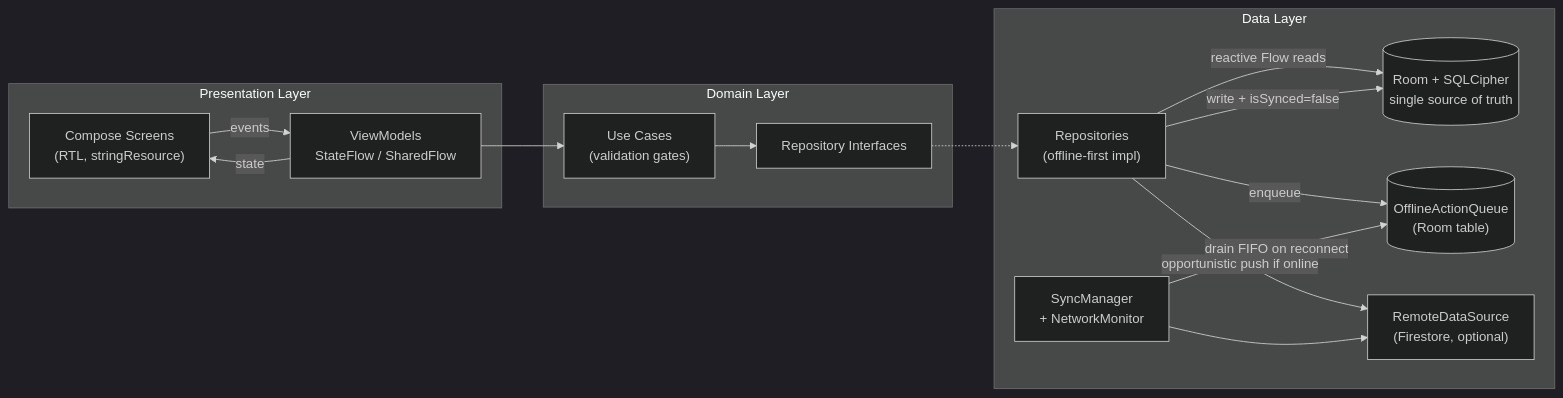
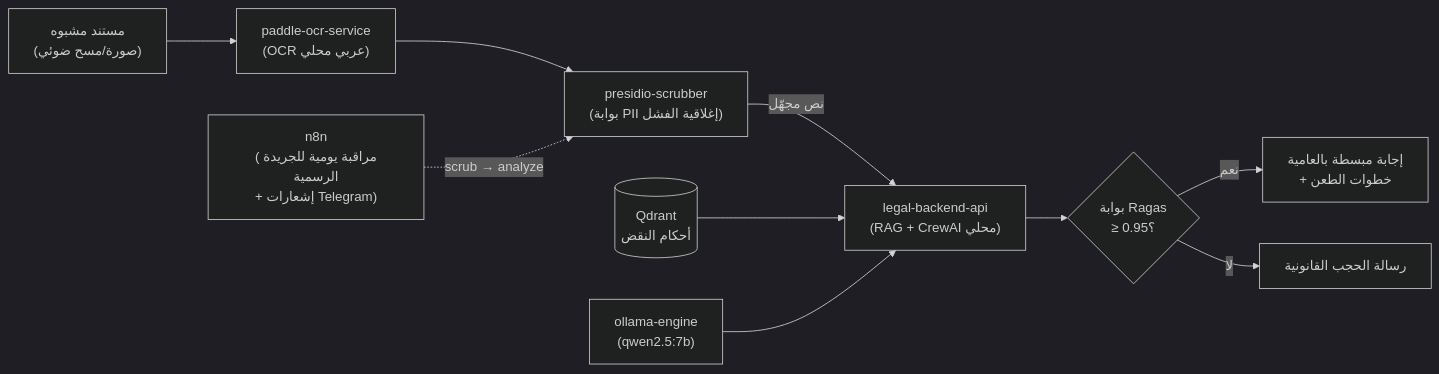
One commit to AlySelim2001/legal-clay-app changed the diagram in README.md. Above: the diagram before and after it, drawn with Mermaid (dark theme). The commit also changed other lines of this file, not shown here.

````diff
--- a/README.md
+++ b/README.md
@@ -107,32 +125,12 @@
 ```mermaid
 flowchart LR
-    subgraph UI["Presentation Layer"]
-        S["Compose Screens<br/>(RTL, stringResource)"]
-        VM["ViewModels<br/>StateFlow / SharedFlow"]
-        S -->|events| VM
-        VM -->|state| S
-    end
-
-    subgraph DOMAIN["Domain Layer"]
-        UC["Use Cases<br/>(validation gates)"]
-        RI["Repository Interfaces"]
-        UC --> RI
-    end
-
-    subgraph DATA["Data Layer"]
-        REPO["Repositories<br/>(offline-first impl)"]
-        DB[("Room + SQLCipher<br/>single source of truth")]
-        Q[("OfflineActionQueue<br/>(Room table)")]
-        RDS["RemoteDataSource<br/>(Firestore, optional)"]
-        SYNC["SyncManager<br/>+ NetworkMonitor"]
-    end
-
-    VM --> UC
-    RI -.-> REPO
-    REPO -->|reactive Flow reads| DB
-    REPO -->|write + isSynced=false| DB
-    REPO -->|enqueue| Q
-    REPO -->|opportunistic push if online| RDS
-    SYNC -->|drain FIFO on reconnect| Q
-    SYNC --> RDS
+    DOC["مستند مشبوه<br/>(صورة/مسح ضوئي)"] --> OCR["paddle-ocr-service<br/>(OCR عربي محلي)"]
+    OCR --> PII["presidio-scrubber<br/>(بوابة PII إغلاقية الفشل)"]
+    PII -->|نص مجهّل| RAG["legal-backend-api<br/>(RAG + CrewAI محلي)"]
+    QDR[("Qdrant<br/>أحكام النقض")] --> RAG
+    LLM["ollama-engine<br/>(qwen2.5:7b)"] --> RAG
+    RAG --> GATE{"بوابة Ragas<br/>≥ 0.95؟"}
+    GATE -->|نعم| OUT["إجابة مبسطة بالعامية<br/>+ خطوات الطعن"]
+    GATE -->|لا| BLOCK["رسالة الحجب القانونية"]
+    N8N["n8n<br/>(مراقبة يومية للجريدة الرسمية<br/>+ إشعارات Telegram)"] -.->|scrub → analyze| PII
 ```
````
